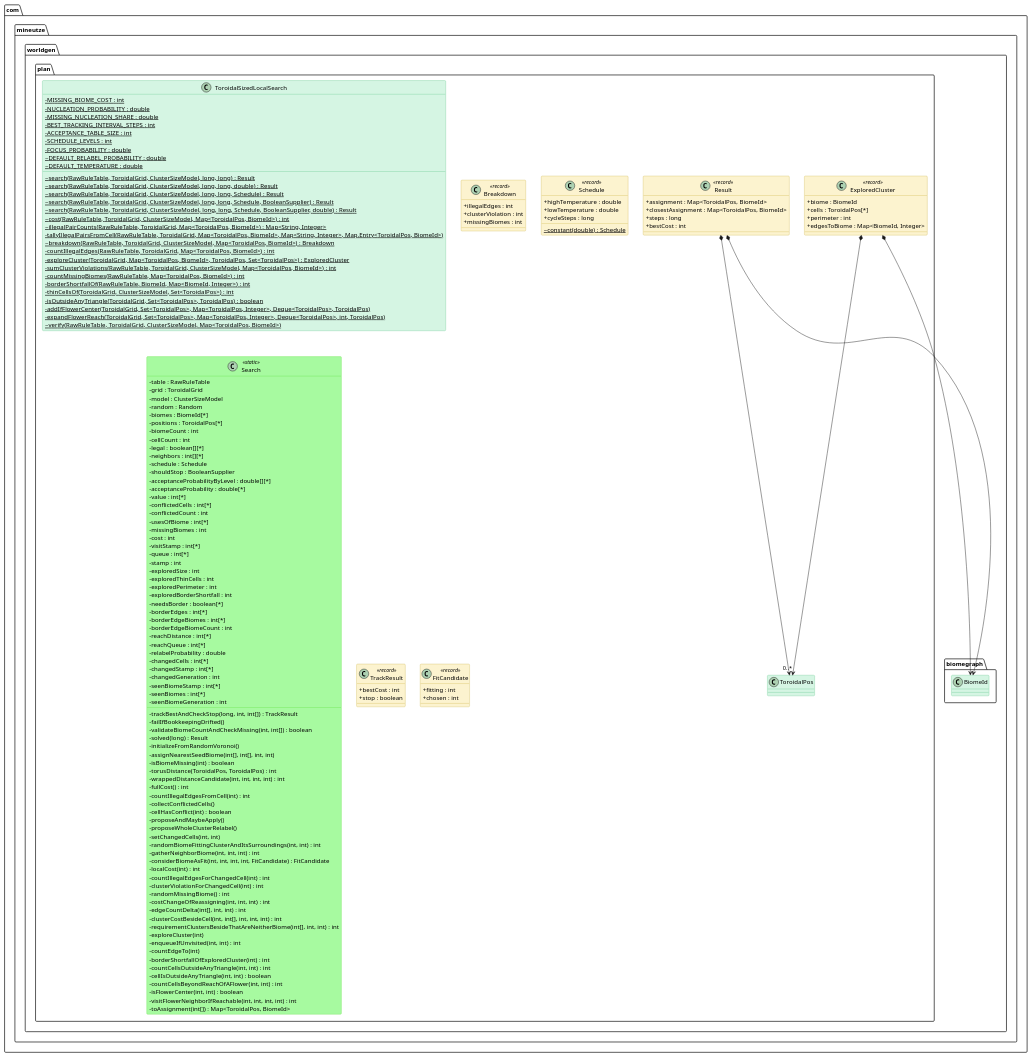
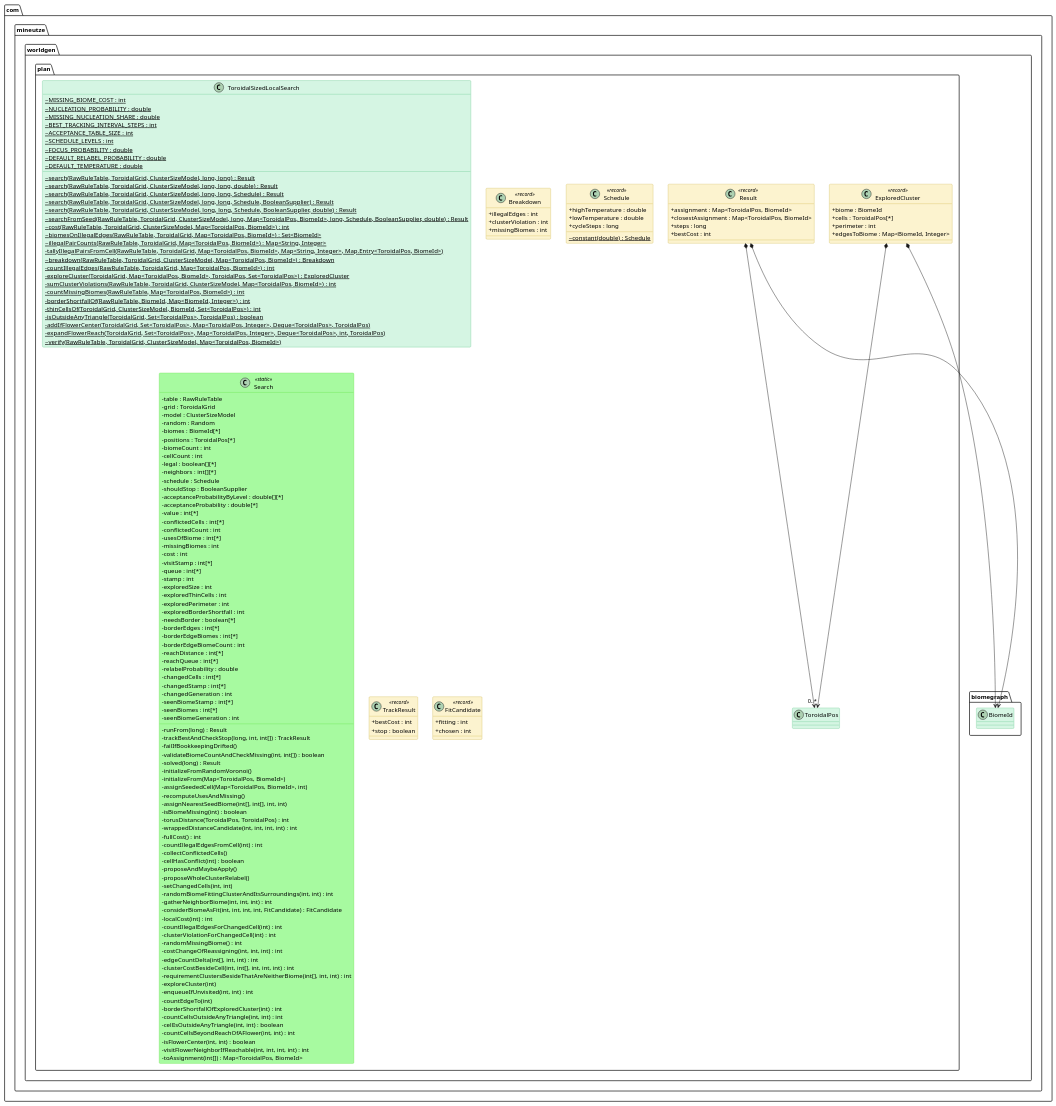
One commit to Boulede987/Mine-Utz changed the diagram in companion-mods/mineutze-worldgen/doc/Modelisation/ClassDiagram/com/mineutze/worldgen/plan/ToroidalSizedLocalSearch.puml. Above: the diagram before and after it, drawn with PlantUML. The commit also changed 117 other files, not shown here.

First line of the commit message:
docs(worldgen): regenerate class diagrams from current code

```diff
--- a/companion-mods/mineutze-worldgen/doc/Modelisation/ClassDiagram/com/mineutze/worldgen/plan/ToroidalSizedLocalSearch.puml
+++ b/companion-mods/mineutze-worldgen/doc/Modelisation/ClassDiagram/com/mineutze/worldgen/plan/ToroidalSizedLocalSearch.puml
@@ -1,179 +1,185 @@
 @startuml ToroidalSizedLocalSearch
 
 skinparam classAttributeIconSize 0
 skinparam shadowing false
 
 skinparam class {
   BackgroundColor<<interface>> #D6EAF8
   BorderColor<<interface>> #2E86C1
 }
 skinparam class {
   BackgroundColor<<abstract>> #E8DAEF
   BorderColor<<abstract>> #8E44AD
 }
 skinparam class {
   BackgroundColor #D5F5E3
   BorderColor #27AE60
 }
 skinparam class {
   BackgroundColor<<record>> #FCF3CF
   BorderColor<<record>> #B7950B
 }
 skinparam class {
   BackgroundColor<<static>> #a7faa0
   BorderColor<<static>> #38d610
 }
 skinparam class {
   BackgroundColor<<enum>> #F5B7B1
   BorderColor<<enum>> #C0392B
 }
 
 namespace com.mineutze.worldgen.plan {
 class ToroidalSizedLocalSearch {
-  - {static} MISSING_BIOME_COST : int
-  - {static} NUCLEATION_PROBABILITY : double
-  - {static} MISSING_NUCLEATION_SHARE : double
-  - {static} BEST_TRACKING_INTERVAL_STEPS : int
-  - {static} ACCEPTANCE_TABLE_SIZE : int
-  - {static} SCHEDULE_LEVELS : int
-  - {static} FOCUS_PROBABILITY : double
+  ~ {static} MISSING_BIOME_COST : int
+  ~ {static} NUCLEATION_PROBABILITY : double
+  ~ {static} MISSING_NUCLEATION_SHARE : double
+  ~ {static} BEST_TRACKING_INTERVAL_STEPS : int
+  ~ {static} ACCEPTANCE_TABLE_SIZE : int
+  ~ {static} SCHEDULE_LEVELS : int
+  ~ {static} FOCUS_PROBABILITY : double
   ~ {static} DEFAULT_RELABEL_PROBABILITY : double
   ~ {static} DEFAULT_TEMPERATURE : double
   ~ {static} search(RawRuleTable, ToroidalGrid, ClusterSizeModel, long, long) : Result
   ~ {static} search(RawRuleTable, ToroidalGrid, ClusterSizeModel, long, long, double) : Result
   ~ {static} search(RawRuleTable, ToroidalGrid, ClusterSizeModel, long, long, Schedule) : Result
   ~ {static} search(RawRuleTable, ToroidalGrid, ClusterSizeModel, long, long, Schedule, BooleanSupplier) : Result
   ~ {static} search(RawRuleTable, ToroidalGrid, ClusterSizeModel, long, long, Schedule, BooleanSupplier, double) : Result
+  ~ {static} searchFromSeed(RawRuleTable, ToroidalGrid, ClusterSizeModel, long, Map<ToroidalPos, BiomeId>, long, Schedule, BooleanSupplier, double) : Result
   ~ {static} cost(RawRuleTable, ToroidalGrid, ClusterSizeModel, Map<ToroidalPos, BiomeId>) : int
+  ~ {static} biomesOnIllegalEdges(RawRuleTable, ToroidalGrid, Map<ToroidalPos, BiomeId>) : Set<BiomeId>
   ~ {static} illegalPairCounts(RawRuleTable, ToroidalGrid, Map<ToroidalPos, BiomeId>) : Map<String, Integer>
   - {static} tallyIllegalPairsFromCell(RawRuleTable, ToroidalGrid, Map<ToroidalPos, BiomeId>, Map<String, Integer>, Map.Entry<ToroidalPos, BiomeId>)
   ~ {static} breakdown(RawRuleTable, ToroidalGrid, ClusterSizeModel, Map<ToroidalPos, BiomeId>) : Breakdown
   - {static} countIllegalEdges(RawRuleTable, ToroidalGrid, Map<ToroidalPos, BiomeId>) : int
   - {static} exploreCluster(ToroidalGrid, Map<ToroidalPos, BiomeId>, ToroidalPos, Set<ToroidalPos>) : ExploredCluster
   - {static} sumClusterViolations(RawRuleTable, ToroidalGrid, ClusterSizeModel, Map<ToroidalPos, BiomeId>) : int
   - {static} countMissingBiomes(RawRuleTable, Map<ToroidalPos, BiomeId>) : int
   - {static} borderShortfallOf(RawRuleTable, BiomeId, Map<BiomeId, Integer>) : int
-  - {static} thinCellsOf(ToroidalGrid, ClusterSizeModel, Set<ToroidalPos>) : int
+  - {static} thinCellsOf(ToroidalGrid, ClusterSizeModel, BiomeId, Set<ToroidalPos>) : int
   - {static} isOutsideAnyTriangle(ToroidalGrid, Set<ToroidalPos>, ToroidalPos) : boolean
   - {static} addIfFlowerCenter(ToroidalGrid, Set<ToroidalPos>, Map<ToroidalPos, Integer>, Deque<ToroidalPos>, ToroidalPos)
   - {static} expandFlowerReach(ToroidalGrid, Set<ToroidalPos>, Map<ToroidalPos, Integer>, Deque<ToroidalPos>, int, ToroidalPos)
   ~ {static} verify(RawRuleTable, ToroidalGrid, ClusterSizeModel, Map<ToroidalPos, BiomeId>)
 }
 class Result <<record>> {
   + assignment : Map<ToroidalPos, BiomeId>
   + closestAssignment : Map<ToroidalPos, BiomeId>
   + steps : long
   + bestCost : int
 }
 class Breakdown <<record>> {
   + illegalEdges : int
   + clusterViolation : int
   + missingBiomes : int
 }
 class Schedule <<record>> {
   + highTemperature : double
   + lowTemperature : double
   + cycleSteps : long
   ~ {static} constant(double) : Schedule
 }
 class ExploredCluster <<record>> {
   + biome : BiomeId
   + cells : ToroidalPos[*]
   + perimeter : int
   + edgesToBiome : Map<BiomeId, Integer>
 }
 class Search <<static>> {
   - table : RawRuleTable
   - grid : ToroidalGrid
   - model : ClusterSizeModel
   - random : Random
   - biomes : BiomeId[*]
   - positions : ToroidalPos[*]
   - biomeCount : int
   - cellCount : int
   - legal : boolean[][*]
   - neighbors : int[][*]
   - schedule : Schedule
   - shouldStop : BooleanSupplier
   - acceptanceProbabilityByLevel : double[][*]
   - acceptanceProbability : double[*]
   - value : int[*]
   - conflictedCells : int[*]
   - conflictedCount : int
   - usesOfBiome : int[*]
   - missingBiomes : int
   - cost : int
   - visitStamp : int[*]
   - queue : int[*]
   - stamp : int
   - exploredSize : int
   - exploredThinCells : int
   - exploredPerimeter : int
   - exploredBorderShortfall : int
   - needsBorder : boolean[*]
   - borderEdges : int[*]
   - borderEdgeBiomes : int[*]
   - borderEdgeBiomeCount : int
   - reachDistance : int[*]
   - reachQueue : int[*]
   - relabelProbability : double
   - changedCells : int[*]
   - changedStamp : int[*]
   - changedGeneration : int
   - seenBiomeStamp : int[*]
   - seenBiomes : int[*]
   - seenBiomeGeneration : int
+  - runFrom(long) : Result
   - trackBestAndCheckStop(long, int, int[]) : TrackResult
   - failIfBookkeepingDrifted()
   - validateBiomeCountAndCheckMissing(int, int[]) : boolean
   - solved(long) : Result
   - initializeFromRandomVoronoi()
+  - initializeFrom(Map<ToroidalPos, BiomeId>)
+  - assignSeededCell(Map<ToroidalPos, BiomeId>, int)
+  - recomputeUsesAndMissing()
   - assignNearestSeedBiome(int[], int[], int, int)
   - isBiomeMissing(int) : boolean
   - torusDistance(ToroidalPos, ToroidalPos) : int
   - wrappedDistanceCandidate(int, int, int, int) : int
   - fullCost() : int
   - countIllegalEdgesFromCell(int) : int
   - collectConflictedCells()
   - cellHasConflict(int) : boolean
   - proposeAndMaybeApply()
   - proposeWholeClusterRelabel()
   - setChangedCells(int, int)
   - randomBiomeFittingClusterAndItsSurroundings(int, int) : int
   - gatherNeighborBiome(int, int, int) : int
   - considerBiomeAsFit(int, int, int, int, FitCandidate) : FitCandidate
   - localCost(int) : int
   - countIllegalEdgesForChangedCell(int) : int
   - clusterViolationForChangedCell(int) : int
   - randomMissingBiome() : int
   - costChangeOfReassigning(int, int, int) : int
   - edgeCountDelta(int[], int, int) : int
   - clusterCostBesideCell(int, int[], int, int, int) : int
   - requirementClustersBesideThatAreNeitherBiome(int[], int, int) : int
   - exploreCluster(int)
   - enqueueIfUnvisited(int, int) : int
   - countEdgeTo(int)
   - borderShortfallOfExploredCluster(int) : int
   - countCellsOutsideAnyTriangle(int, int) : int
   - cellIsOutsideAnyTriangle(int, int) : boolean
   - countCellsBeyondReachOfAFlower(int, int) : int
   - isFlowerCenter(int, int) : boolean
   - visitFlowerNeighborIfReachable(int, int, int, int) : int
   - toAssignment(int[]) : Map<ToroidalPos, BiomeId>
 }
 class TrackResult <<record>> {
   + bestCost : int
   + stop : boolean
 }
 class FitCandidate <<record>> {
   + fitting : int
   + chosen : int
 }
 }
 
 com.mineutze.worldgen.plan.Result *--> com.mineutze.worldgen.biomegraph.BiomeId
 com.mineutze.worldgen.plan.Result *--> com.mineutze.worldgen.plan.ToroidalPos
 com.mineutze.worldgen.plan.ExploredCluster *--> com.mineutze.worldgen.biomegraph.BiomeId
 com.mineutze.worldgen.plan.ExploredCluster *--> "0..*" com.mineutze.worldgen.plan.ToroidalPos
 
 @enduml
```
